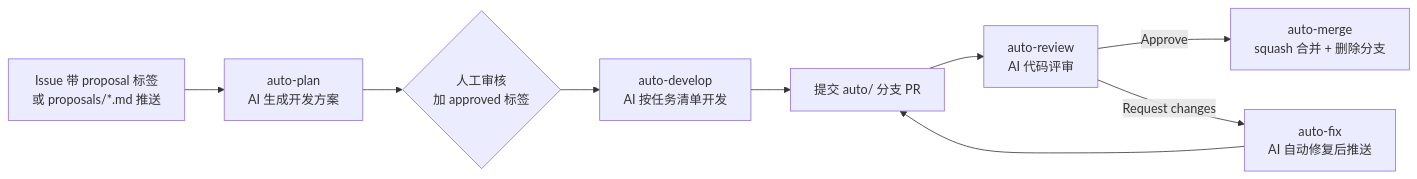
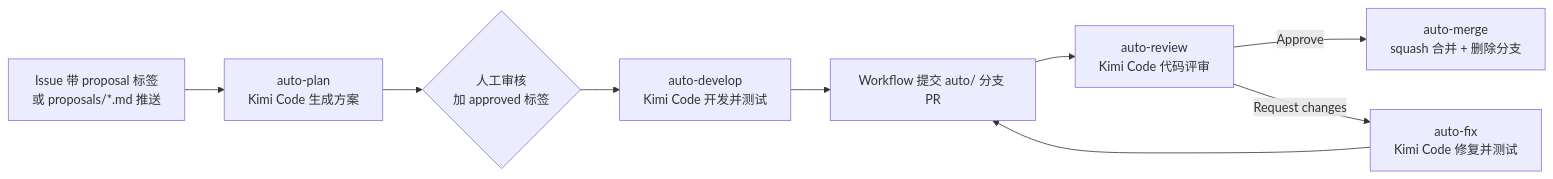
One commit to 1tang1315/IPQC changed the diagram in README.md. Above: the diagram before and after it, drawn with Mermaid. The commit also changed other lines of this file and 7 other files, not shown here.

````diff
--- a/README.md
+++ b/README.md
@@ -5,11 +5,11 @@
 ```mermaid
 flowchart LR
-    A[Issue 带 proposal 标签<br/>或 proposals/*.md 推送] --> B[auto-plan<br/>AI 生成开发方案]
+    A[Issue 带 proposal 标签<br/>或 proposals/*.md 推送] --> B[auto-plan<br/>Kimi Code 生成方案]
     B --> C{人工审核<br/>加 approved 标签}
-    C --> D[auto-develop<br/>AI 按任务清单开发]
-    D --> E[提交 auto/ 分支 PR]
-    E --> F[auto-review<br/>AI 代码评审]
+    C --> D[auto-develop<br/>Kimi Code 开发并测试]
+    D --> E[Workflow 提交 auto/ 分支 PR]
+    E --> F[auto-review<br/>Kimi Code 代码评审]
     F -- Approve --> G[auto-merge<br/>squash 合并 + 删除分支]
-    F -- Request changes --> H[auto-fix<br/>AI 自动修复后推送]
+    F -- Request changes --> H[auto-fix<br/>Kimi Code 修复并测试]
     H --> E
 ```
````
